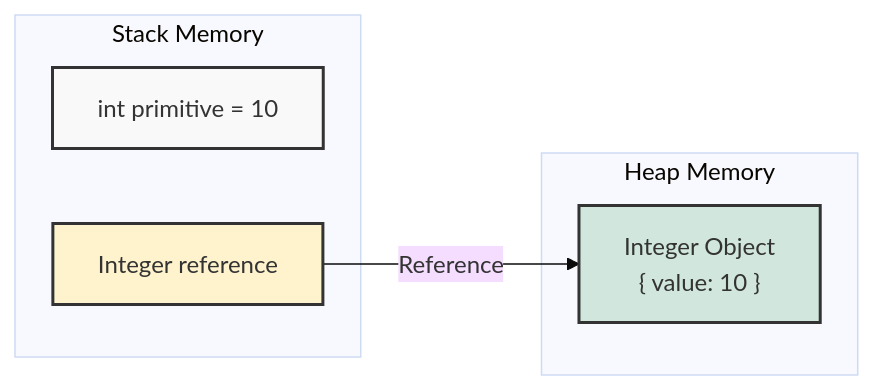
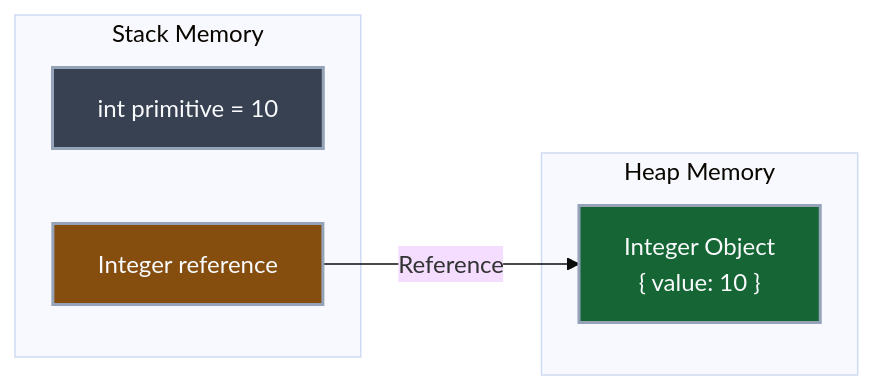
Before and after one commit to Kang-Hyesung/kang-hyesung.github.io: the diagram in _posts/java/09-불변_객체와_String_클래스/2026-01-26-wrapper-클래스,-박싱과-언박싱.md, drawn with Mermaid (base theme). The commit also changed 74 other files, not shown here.

Commit message:
docs: update post visibility and mermaid colors

````diff
--- a/_posts/java/09-불변_객체와_String_클래스/2026-01-26-wrapper-클래스,-박싱과-언박싱.md
+++ b/_posts/java/09-불변_객체와_String_클래스/2026-01-26-wrapper-클래스,-박싱과-언박싱.md
@@ -18,19 +18,19 @@
 ```mermaid
 graph LR
     subgraph Stack["Stack Memory"]
         P["int primitive = 10"]
         R["Integer reference"]
     end
 
     subgraph Heap["Heap Memory"]
         O["Integer Object <br/> { value: 10 }"]
     end
 
     R -->|Reference| O
 
     %% 스타일 정의
-    style P fill:#f9f9f9,stroke:#333,stroke-width:2px
-    style R fill:#fff3cd,stroke:#333,stroke-width:2px
-    style O fill:#d1e7dd,stroke:#333,stroke-width:2px
+    style P fill:#374151,stroke:#94a3b8,stroke-width:2px,color:#f8fafc
+    style R fill:#854d0e,stroke:#94a3b8,stroke-width:2px,color:#f8fafc
+    style O fill:#166534,stroke:#94a3b8,stroke-width:2px,color:#f8fafc
 
 ```
````
